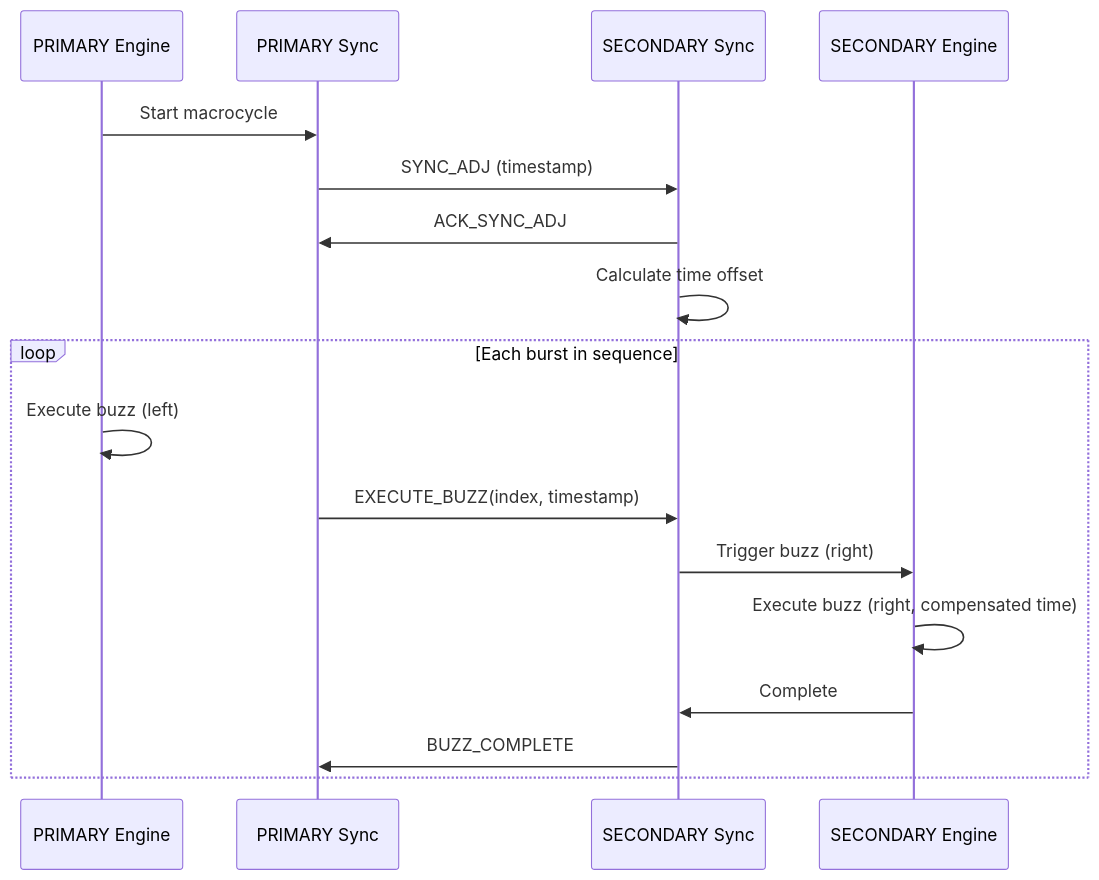
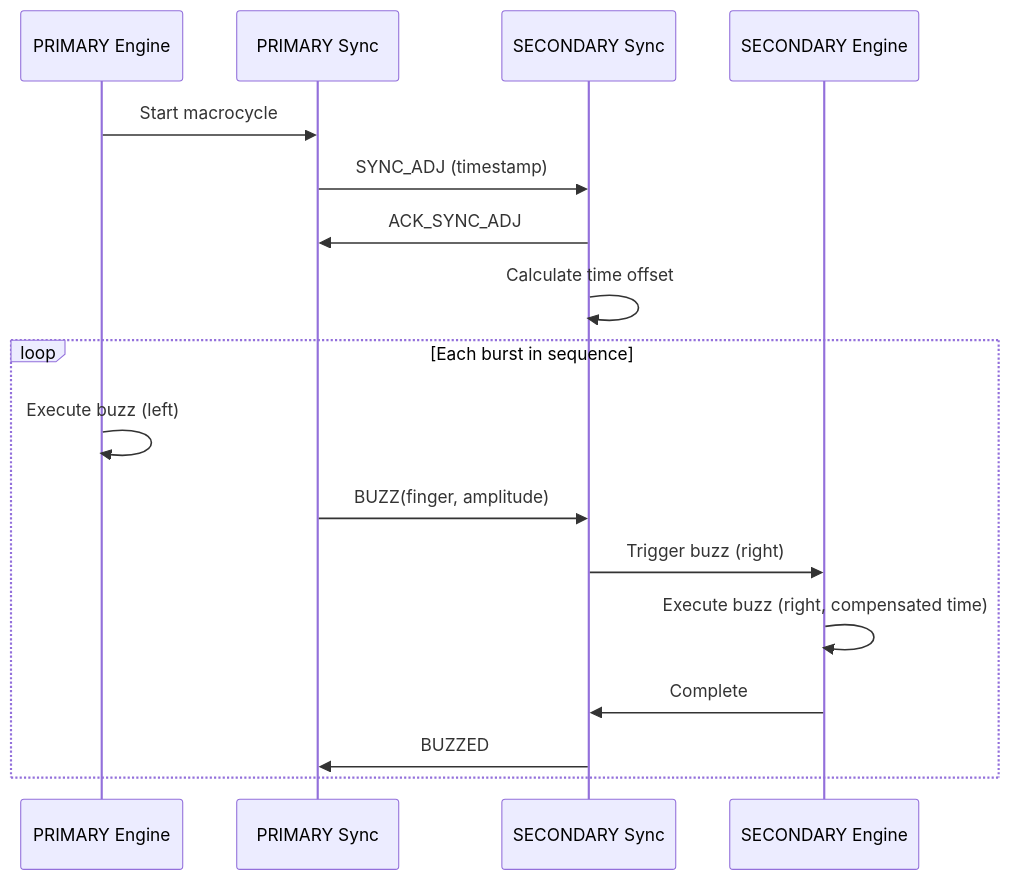
One commit to BlueBuzzah/BlueBuzzah2-Firmware changed the fifth of 5 diagrams in docs/ARCHITECTURE.md. Above: the diagram before and after it, drawn with Mermaid. The commit also changed other lines of this file and 11 other files, not shown here.

````diff
--- a/docs/ARCHITECTURE.md
+++ b/docs/ARCHITECTURE.md
@@ -912,21 +1334,21 @@
 ```mermaid
 sequenceDiagram
     participant PE as PRIMARY Engine
     participant PS as PRIMARY Sync
     participant SS as SECONDARY Sync
     participant SE as SECONDARY Engine
 
     PE->>PS: Start macrocycle
     PS->>SS: SYNC_ADJ (timestamp)
     SS->>PS: ACK_SYNC_ADJ
     SS->>SS: Calculate time offset
 
     loop Each burst in sequence
         PE->>PE: Execute buzz (left)
-        PS->>SS: EXECUTE_BUZZ(index, timestamp)
+        PS->>SS: BUZZ(finger, amplitude)
         SS->>SE: Trigger buzz (right)
         SE->>SE: Execute buzz (right, compensated time)
         SE->>SS: Complete
-        SS->>PS: BUZZ_COMPLETE
+        SS->>PS: BUZZED
     end
 ```
````
